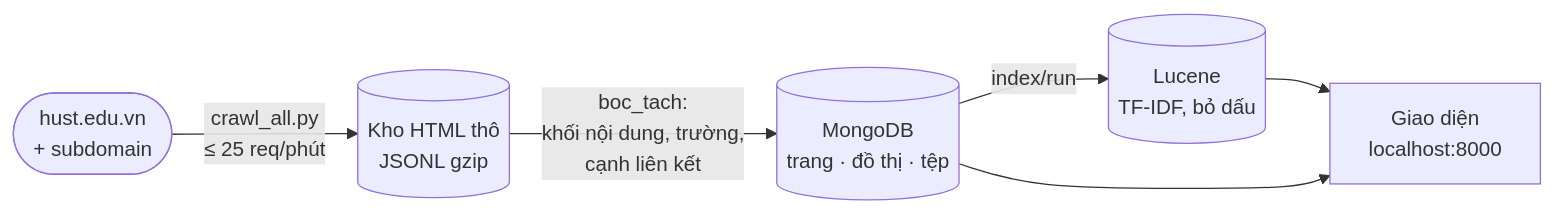
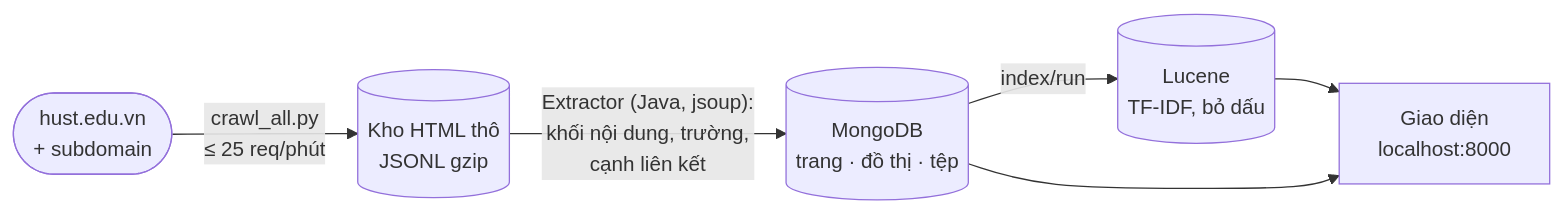
Before and after one commit to nguyenpnguyen/di-project: the diagram in README.md, drawn with Mermaid. The commit also changed other lines of this file and 19 other files, not shown here.

````diff
--- a/README.md
+++ b/README.md
@@ -7,8 +7,8 @@
 ```mermaid
 flowchart LR
     WEB(["hust.edu.vn<br/>+ subdomain"]) -->|"crawl_all.py<br/>≤ 25 req/phút"| KHO[("Kho HTML thô<br/>JSONL gzip")]
-    KHO -->|"boc_tach:<br/>khối nội dung, trường,<br/>cạnh liên kết"| MG[("MongoDB<br/>trang · đồ thị · tệp")]
+    KHO -->|"Extractor (Java, jsoup):<br/>khối nội dung, trường,<br/>cạnh liên kết"| MG[("MongoDB<br/>trang · đồ thị · tệp")]
     MG -->|"index/run"| LC[("Lucene<br/>TF-IDF, bỏ dấu")]
     LC --> UI["Giao diện<br/>localhost:8000"]
     MG --> UI
 ```
````
